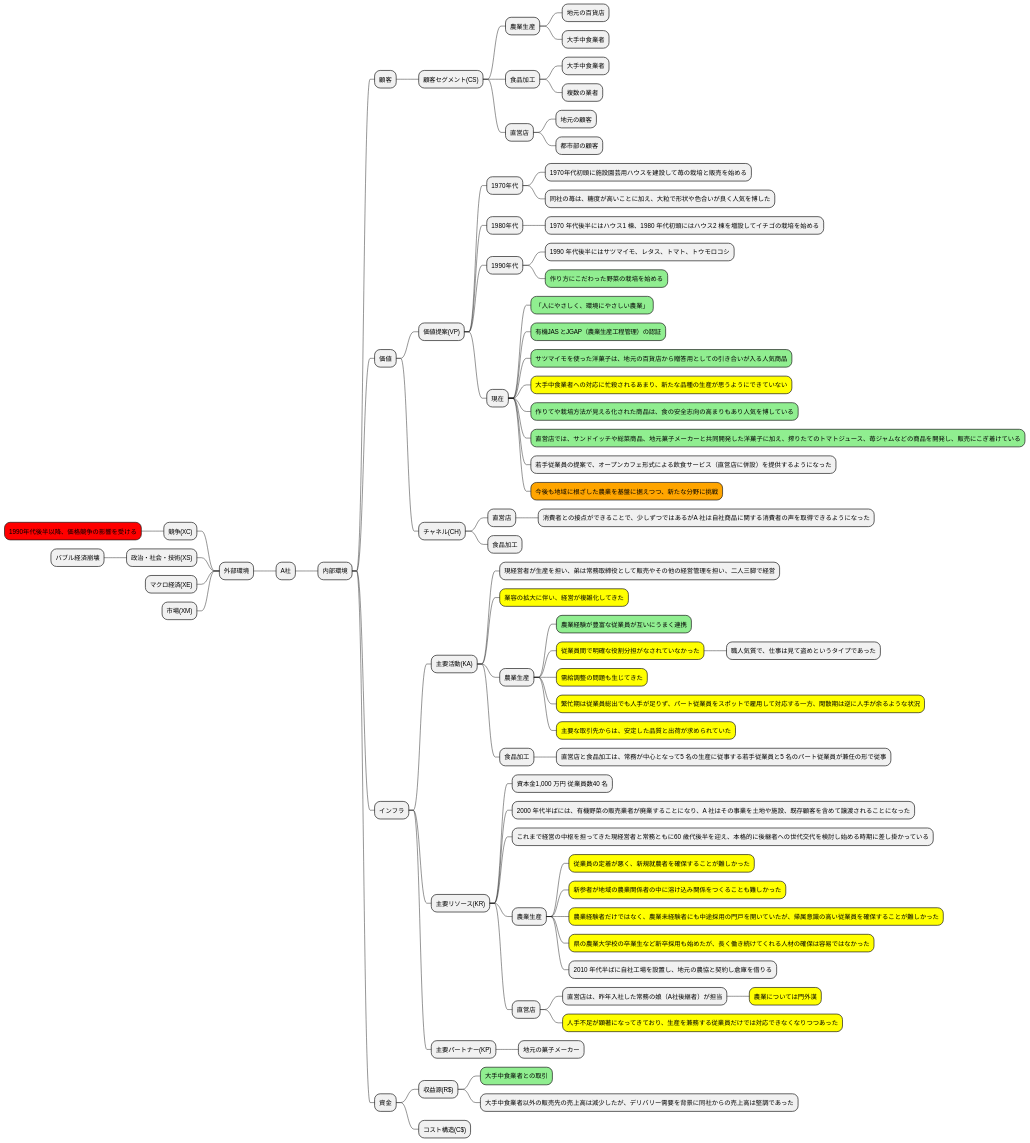
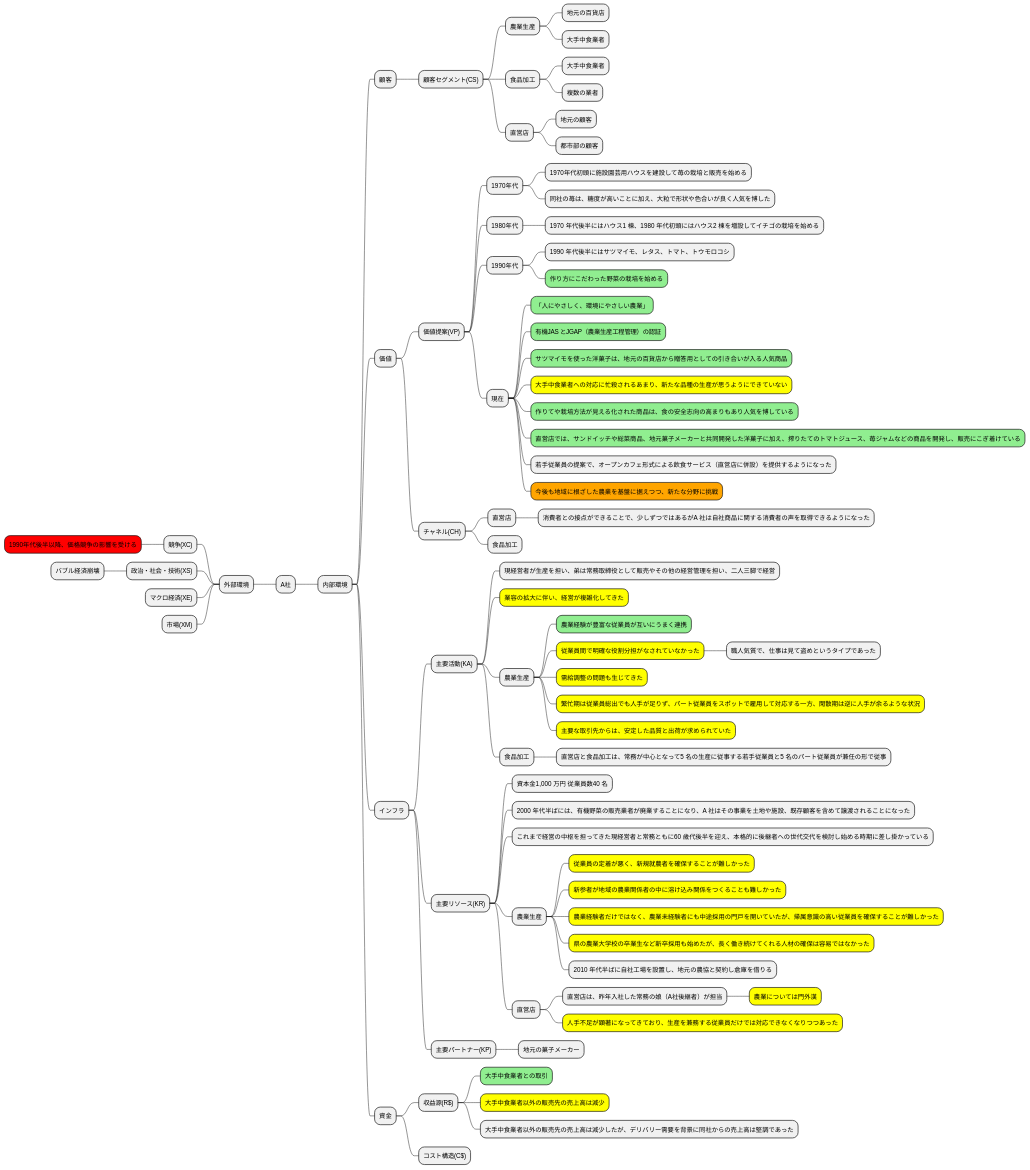
The second of 16 diagrams in docs/case/r04_case_1.adoc (k2works/case-sutudy-business-analysis), drawn with PlantUML before and after one commit. The commit also changed other lines of this file and 3 other files, not shown here.

```diff
--- a/docs/case/r04_case_1.adoc
+++ b/docs/case/r04_case_1.adoc
@@ -138,6 +138,7 @@
 *** 資金
 **** 収益源(R$)
 *****[#lightgreen] 大手中食業者との取引
+*****[#yellow] 大手中食業者以外の販売先の売上高は減少
 ***** 大手中食業者以外の販売先の売上高は減少したが、デリバリー需要を背景に同社からの売上高は堅調であった
 **** コスト構造(C$)
 
```
